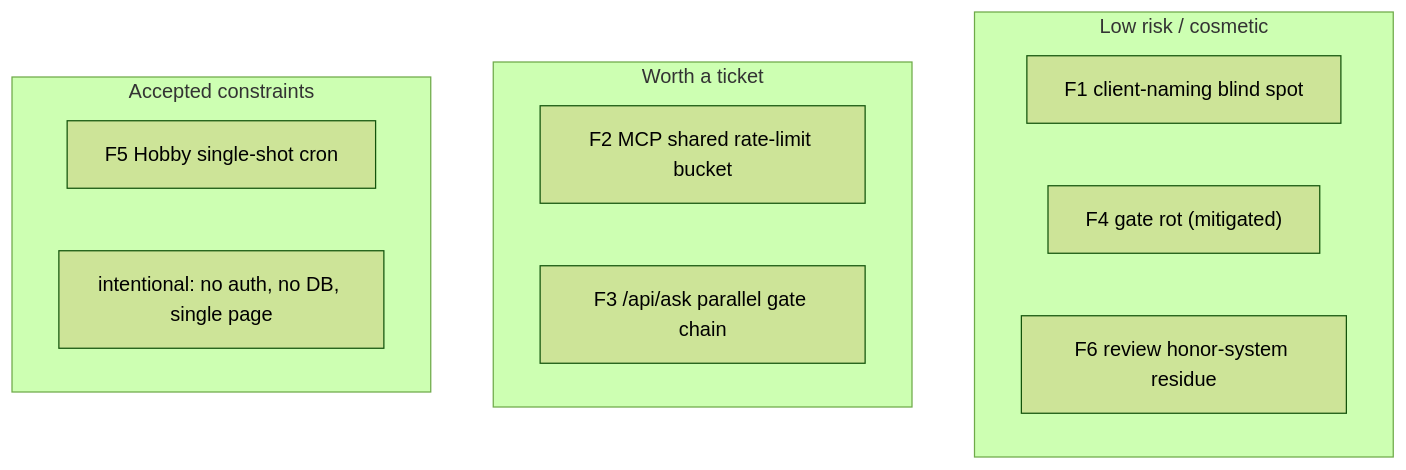
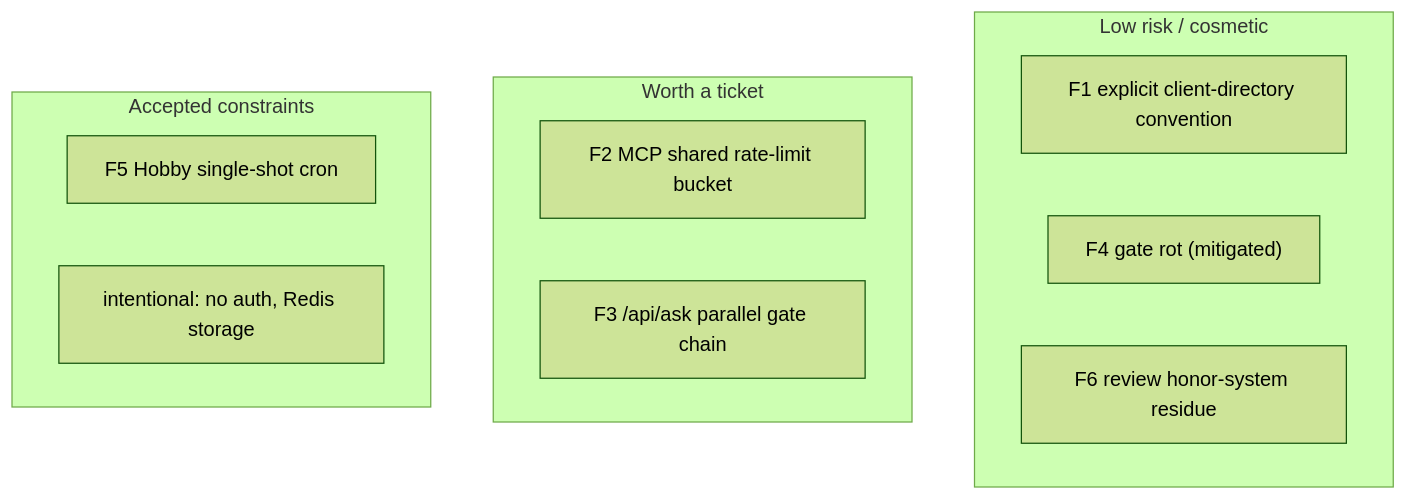
One commit to erikunha/portfolio changed the diagram in docs/10-findings-and-debt.md. Above: the diagram before and after it, drawn with Mermaid (forest theme). The commit also changed other lines of this file and 15 other files, not shown here.

````diff
--- a/docs/10-findings-and-debt.md
+++ b/docs/10-findings-and-debt.md
@@ -51,16 +49,16 @@
 ```mermaid
 flowchart TD
     subgraph low["Low risk / cosmetic"]
-        f1["F1 client-naming blind spot"]
+        f1["F1 explicit client-directory convention"]
         f4["F4 gate rot (mitigated)"]
         f6["F6 review honor-system residue"]
     end
     subgraph med["Worth a ticket"]
         f2["F2 MCP shared rate-limit bucket"]
         f3["F3 /api/ask parallel gate chain"]
     end
     subgraph accepted["Accepted constraints"]
         f5["F5 Hobby single-shot cron"]
-        plan["intentional: no auth, no DB, single page"]
+        plan["intentional: no auth, Redis storage"]
     end
 ```
````
